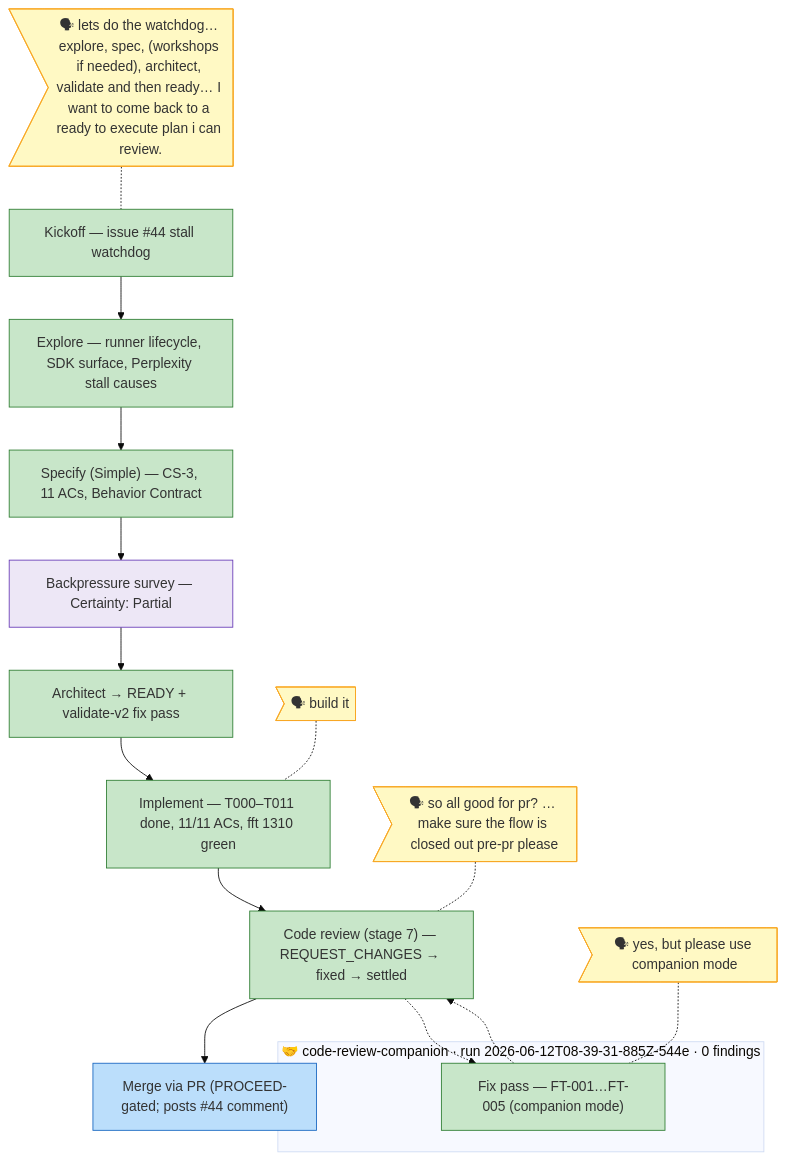
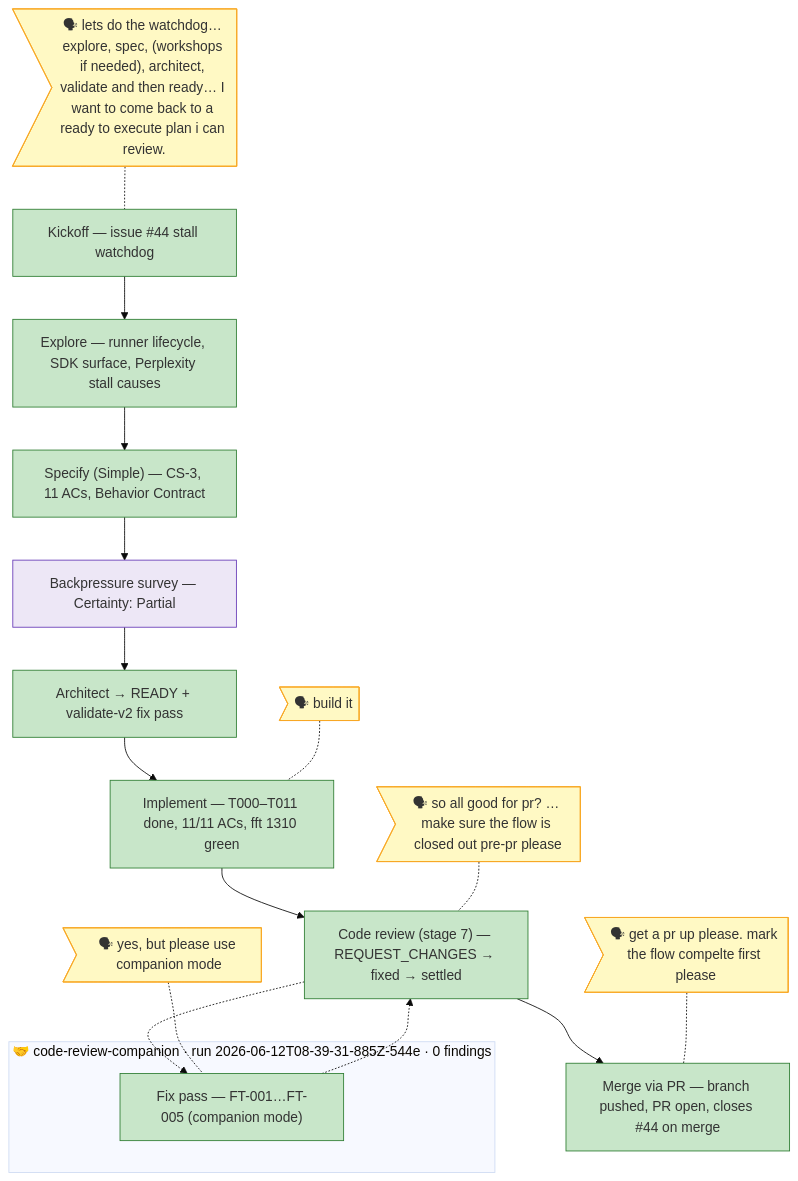
Before and after one commit to AI-Substrate/minih: the diagram in docs/plans/026-stall-watchdog/the-flow.md, drawn with Mermaid (base theme). The commit also changed other lines of this file and 2 other files, not shown here.

Commit message:
docs(plan): mark 026 flow complete — merge handed to PR

````diff
--- a/docs/plans/026-stall-watchdog/the-flow.md
+++ b/docs/plans/026-stall-watchdog/the-flow.md
@@ -5,36 +5,38 @@
 ```mermaid
 flowchart TD
     classDef done fill:#C8E6C9,stroke:#2E7D32
     classDef wip fill:#FFE0B2,stroke:#EF6C00
     classDef blocked fill:#FFCDD2,stroke:#C62828
     classDef known fill:#BBDEFB,stroke:#1565C0
     classDef assumed fill:#F5F5F5,stroke:#9E9E9E,stroke-dasharray: 5 5
     classDef said fill:#FFF9C4,stroke:#F9A825
     classDef harness fill:#EDE7F6,stroke:#673AB7
     classDef companion fill:#E0F7FA,stroke:#00838F
 
     start["Kickoff — issue #44 stall watchdog"]:::done
     research["Explore — runner lifecycle, SDK surface, Perplexity stall causes"]:::done
     spec["Specify (Simple) — CS-3, 11 ACs, Behavior Contract"]:::done
     backpressure["Backpressure survey — Certainty: Partial"]:::harness
     plan["Architect → READY + validate-v2 fix pass"]:::done
     build["Implement — T000–T011 done, 11/11 ACs, fft 1310 green"]:::done
     review["Code review (stage 7) — REQUEST_CHANGES → fixed → settled"]:::done
-    merge["Merge via PR (PROCEED-gated; posts #44 comment)"]:::known
+    merge["Merge via PR — branch pushed, PR open, closes #44 on merge"]:::done
 
     subgraph companion1["🤝 code-review-companion · run 2026-06-12T08-39-31-885Z-544e · 0 findings"]
         fix1["Fix pass — FT-001…FT-005 (companion mode)"]:::done
     end
 
     start --> research --> spec --> backpressure --> plan --> build --> review --> merge
     review -.-> fix1 -.-> review
 
     said_start>"🗣 lets do the watchdog… explore, spec, (workshops if needed), architect, validate and then ready… I want to come back to a ready to execute plan i can review."]:::said
     said_start -.- start
     said_build>"🗣 build it"]:::said
     said_build -.- build
     said_fix>"🗣 yes, but please use companion mode"]:::said
     said_fix -.- fix1
     said_settle>"🗣 so all good for pr? … make sure the flow is closed out pre-pr please"]:::said
     said_settle -.- review
+    said_merge>"🗣 get a pr up please. mark the flow compelte first please"]:::said
+    said_merge -.- merge
 ```
````
